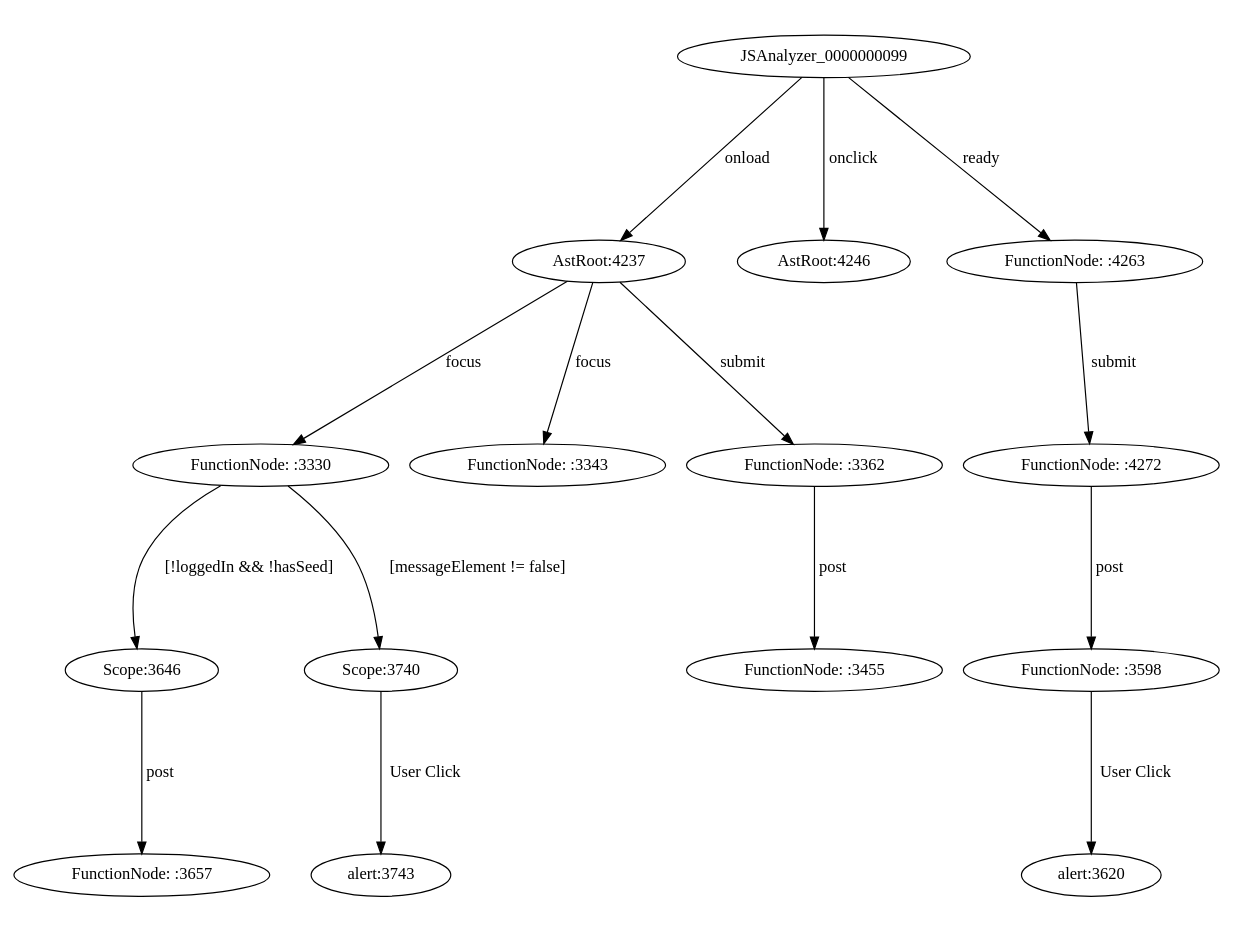
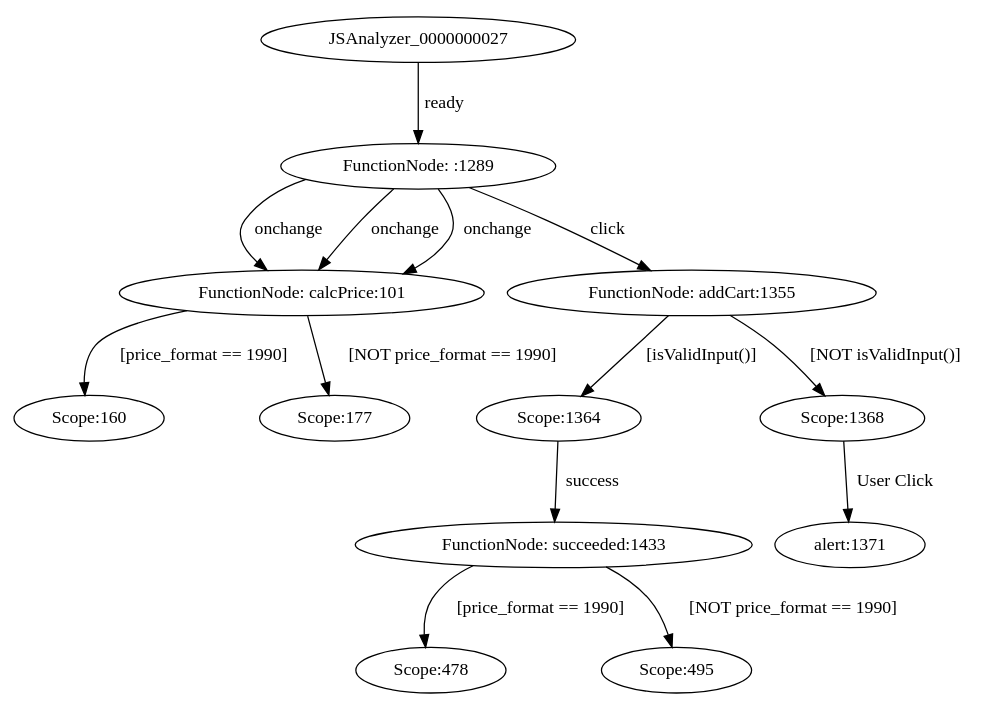
Before and after one commit to mzw/JSAnalyzer: the diagram in projects/project/model/acg.dot, drawn with Graphviz. The commit also changed 381 other files, not shown here.

```diff
--- a/projects/project/model/acg.dot
+++ b/projects/project/model/acg.dot
@@ -1,33 +1,29 @@
 digraph CallGraph {
 size="15.0,10.0";
 ratio="0.75";
-JSAnalyzer_0000000099;
-JSAnalyzer_0000003330[label="FunctionNode: :3330"];
-JSAnalyzer_0000003343[label="FunctionNode: :3343"];
-JSAnalyzer_0000003362[label="FunctionNode: :3362"];
-JSAnalyzer_0000003455[label="FunctionNode: :3455"];
-JSAnalyzer_0000003598[label="FunctionNode: :3598"];
-JSAnalyzer_0000003646[label="Scope:3646"];
-JSAnalyzer_0000003657[label="FunctionNode: :3657"];
-JSAnalyzer_0000003740[label="Scope:3740"];
-JSAnalyzer_0000004237[label="AstRoot:4237"];
-JSAnalyzer_0000004246[label="AstRoot:4246"];
-JSAnalyzer_0000004263[label="FunctionNode: :4263"];
-JSAnalyzer_0000004272[label="FunctionNode: :4272"];
-JSAnalyzer_0000003620[label="alert:3620"];
-JSAnalyzer_0000003743[label="alert:3743"];
-JSAnalyzer_0000003330 -> JSAnalyzer_0000003646[label="[!loggedIn && !hasSeed]"];
-JSAnalyzer_0000003330 -> JSAnalyzer_0000003740[label="[messageElement != false]"];
-JSAnalyzer_0000000099 -> JSAnalyzer_0000004237[label="onload"];
-JSAnalyzer_0000000099 -> JSAnalyzer_0000004246[label="onclick"];
-JSAnalyzer_0000004237 -> JSAnalyzer_0000003330[label="focus"];
-JSAnalyzer_0000004237 -> JSAnalyzer_0000003343[label="focus"];
-JSAnalyzer_0000004237 -> JSAnalyzer_0000003362[label="submit"];
-JSAnalyzer_0000003362 -> JSAnalyzer_0000003455[label="post"];
-JSAnalyzer_0000004272 -> JSAnalyzer_0000003598[label="post"];
-JSAnalyzer_0000003598 -> JSAnalyzer_0000003620[label="User Click"];
-JSAnalyzer_0000003646 -> JSAnalyzer_0000003657[label="post"];
-JSAnalyzer_0000003740 -> JSAnalyzer_0000003743[label="User Click"];
-JSAnalyzer_0000000099 -> JSAnalyzer_0000004263[label="ready"];
-JSAnalyzer_0000004263 -> JSAnalyzer_0000004272[label="submit"];
+JSAnalyzer_0000000027;
+JSAnalyzer_0000000101[label="FunctionNode: calcPrice:101"];
+JSAnalyzer_0000000160[label="Scope:160"];
+JSAnalyzer_0000000177[label="Scope:177"];
+JSAnalyzer_0000000478[label="Scope:478"];
+JSAnalyzer_0000000495[label="Scope:495"];
+JSAnalyzer_0000001289[label="FunctionNode: :1289"];
+JSAnalyzer_0000001355[label="FunctionNode: addCart:1355"];
+JSAnalyzer_0000001364[label="Scope:1364"];
+JSAnalyzer_0000001368[label="Scope:1368"];
+JSAnalyzer_0000001433[label="FunctionNode: succeeded:1433"];
+JSAnalyzer_0000001371[label="alert:1371"];
+JSAnalyzer_0000000101 -> JSAnalyzer_0000000160[label="[price_format == 1990]"];
+JSAnalyzer_0000000101 -> JSAnalyzer_0000000177[label="[NOT price_format == 1990]"];
+JSAnalyzer_0000001433 -> JSAnalyzer_0000000478[label="[price_format == 1990]"];
+JSAnalyzer_0000001433 -> JSAnalyzer_0000000495[label="[NOT price_format == 1990]"];
+JSAnalyzer_0000001355 -> JSAnalyzer_0000001364[label="[isValidInput()]"];
+JSAnalyzer_0000001355 -> JSAnalyzer_0000001368[label="[NOT isValidInput()]"];
+JSAnalyzer_0000000027 -> JSAnalyzer_0000001289[label="ready"];
+JSAnalyzer_0000001289 -> JSAnalyzer_0000000101[label="onchange"];
+JSAnalyzer_0000001289 -> JSAnalyzer_0000000101[label="onchange"];
+JSAnalyzer_0000001289 -> JSAnalyzer_0000000101[label="onchange"];
+JSAnalyzer_0000001289 -> JSAnalyzer_0000001355[label="click"];
+JSAnalyzer_0000001368 -> JSAnalyzer_0000001371[label="User Click"];
+JSAnalyzer_0000001364 -> JSAnalyzer_0000001433[label="success"];
 }
```
